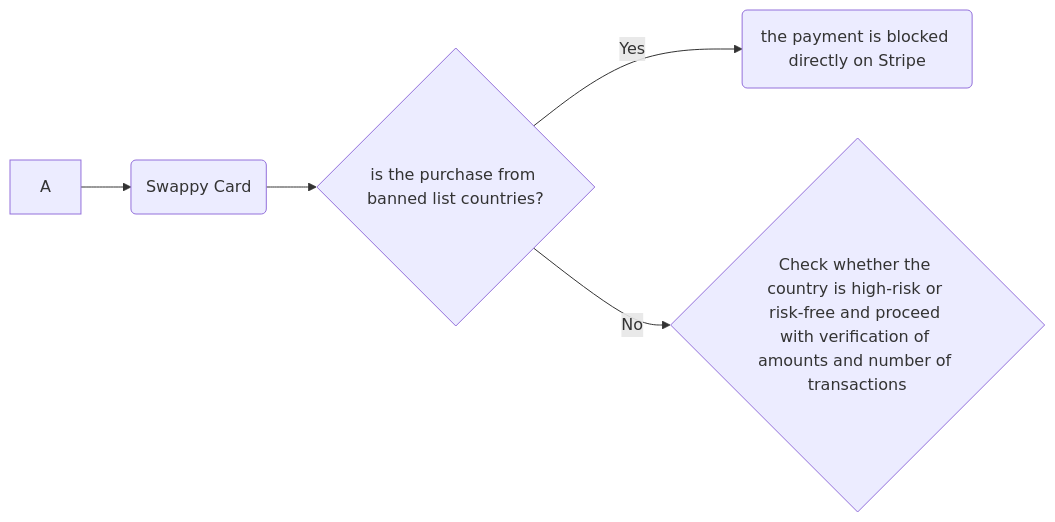
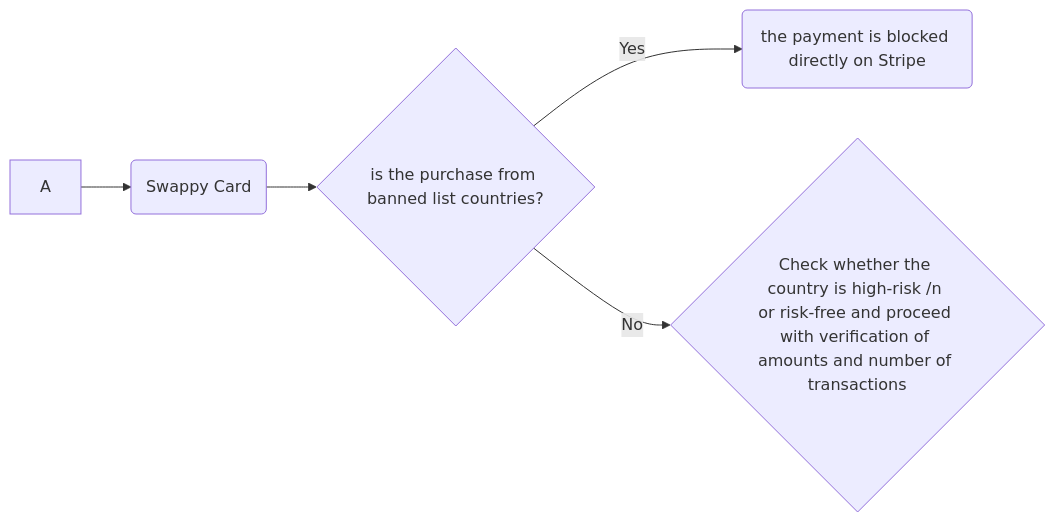
One commit to ForintFinance/Swappy changed the diagram in swappyCard/readme.md. Above: the diagram before and after it, drawn with Mermaid.

````diff
--- a/swappyCard/readme.md
+++ b/swappyCard/readme.md
@@ -16,7 +16,7 @@
 ```mermaid
 graph LR
 A --> B(Swappy Card)
 B --> C{is the purchase from banned list countries?}
 C -- Yes --> D(the payment is blocked directly on Stripe)
-C -- No --> E{Check whether the country is high-risk or risk-free and proceed with verification of amounts and number of transactions}
+C -- No --> E{Check whether the country is high-risk /n or risk-free and proceed with verification of amounts and number of transactions}
 ```
````
